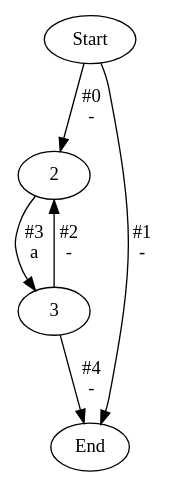
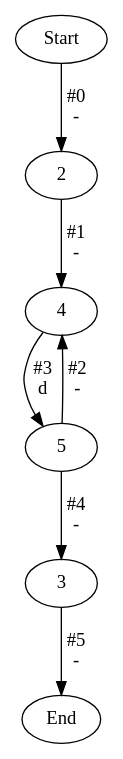
One commit to itarato/peter_grep changed the diagram in state_machine.dot. Above: the diagram before and after it, drawn with Graphviz. The commit also changed 8 other files, not shown here.

```diff
--- a/state_machine.dot
+++ b/state_machine.dot
@@ -1,12 +1,14 @@
 digraph {{
 	Start -> 2 [label="#0
 -"]
-	Start -> End [label="#1
+	2 -> 4 [label="#1
 -"]
-	3 -> 2 [label="#2
+	5 -> 4 [label="#2
 -"]
-	2 -> 3 [label="#3
-a"]
-	3 -> End [label="#4
+	4 -> 5 [label="#3
+\d"]
+	5 -> 3 [label="#4
+-"]
+	3 -> End [label="#5
 -"]
 }}
```
